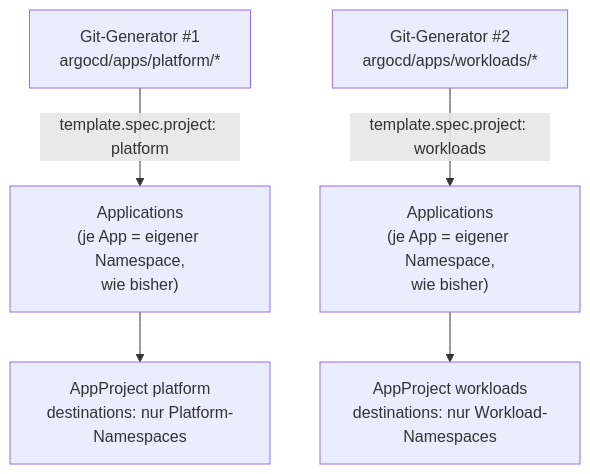
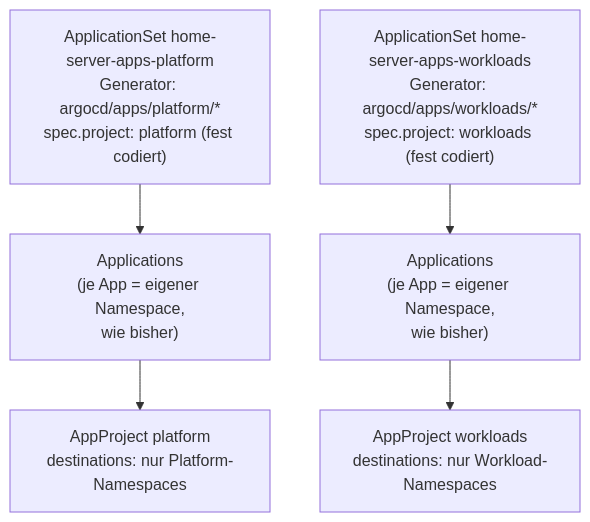
The diagram in docs/49-argocd-projects.md (pkr-lab/capulus-core), drawn with Mermaid before and after one commit. The commit also changed other lines of this file and 2 other files, not shown here.

Commit message:
fix: update bootstrap ApplicationSet templates for clarity and correctness

````diff
--- a/docs/49-argocd-projects.md
+++ b/docs/49-argocd-projects.md
@@ -64,7 +64,7 @@
 ```mermaid
 flowchart TB
-    G1["Git-Generator #1<br/>argocd/apps/platform/*"] -->|"template.spec.project: platform"| APPS1["Applications<br/>(je App = eigener Namespace,<br/>wie bisher)"]
-    G2["Git-Generator #2<br/>argocd/apps/workloads/*"] -->|"template.spec.project: workloads"| APPS2["Applications<br/>(je App = eigener Namespace,<br/>wie bisher)"]
+    AS1["ApplicationSet home-server-apps-platform<br/>Generator: argocd/apps/platform/*<br/>spec.project: platform (fest codiert)"] --> APPS1["Applications<br/>(je App = eigener Namespace,<br/>wie bisher)"]
+    AS2["ApplicationSet home-server-apps-workloads<br/>Generator: argocd/apps/workloads/*<br/>spec.project: workloads (fest codiert)"] --> APPS2["Applications<br/>(je App = eigener Namespace,<br/>wie bisher)"]
     APPS1 --> PP["AppProject platform<br/>destinations: nur Platform-Namespaces"]
     APPS2 --> PW["AppProject workloads<br/>destinations: nur Workload-Namespaces"]
 ```
````
